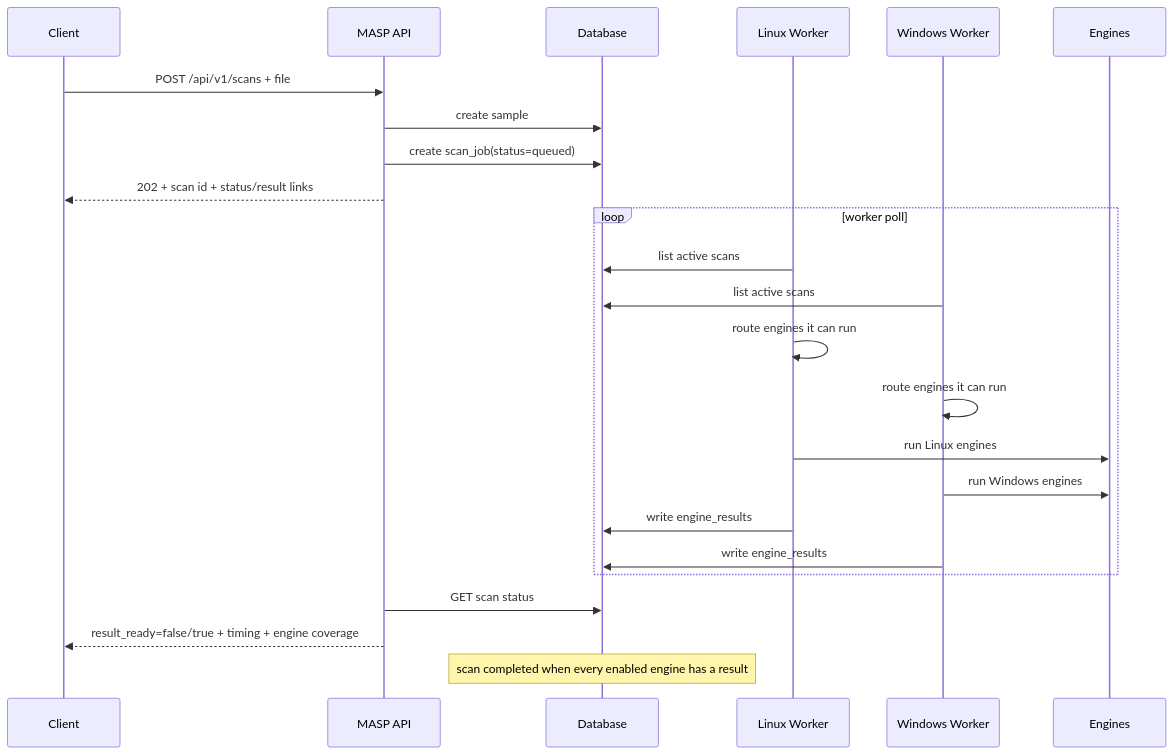
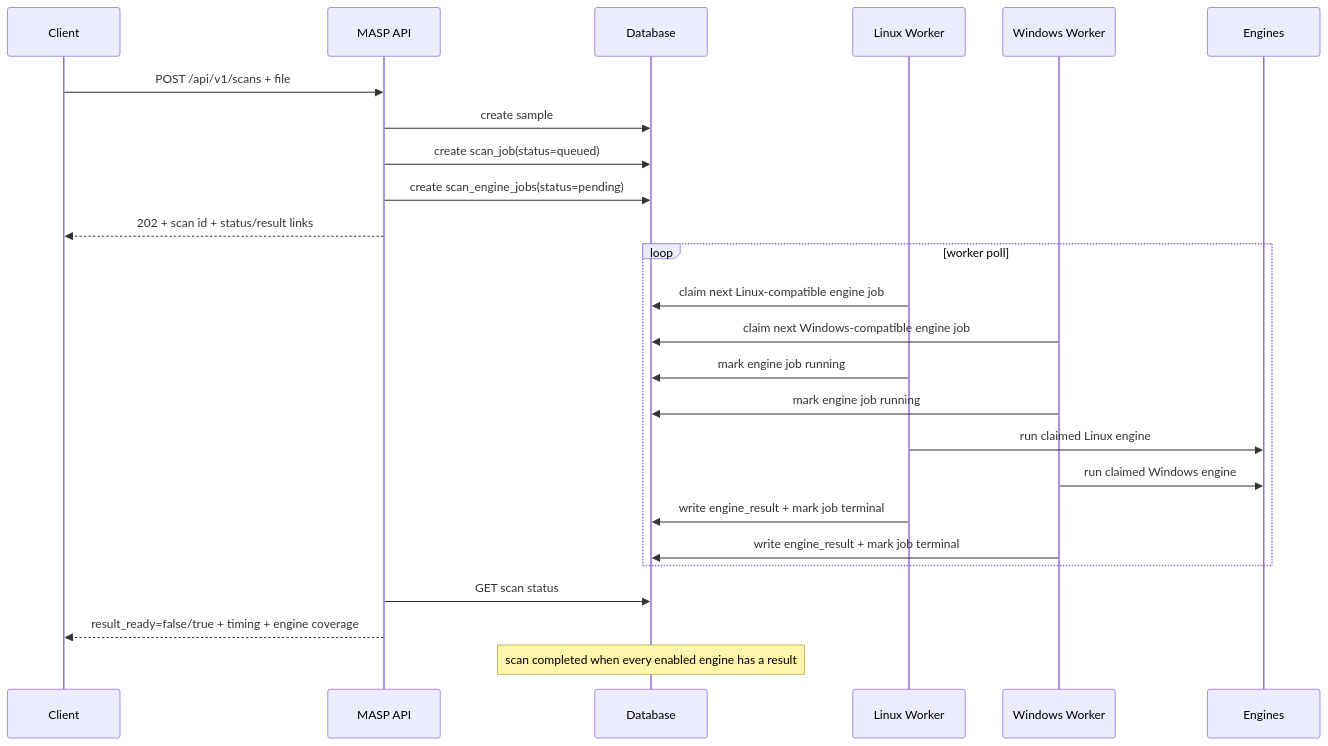
One commit to zapbroob99/multi-av-scan-pipeline changed the first of 3 diagrams in docs/architecture/SCAN_EXECUTION_FLOW.md. Above: the diagram before and after it, drawn with Mermaid. The commit also changed other lines of this file and 25 other files, not shown here.

Commit message:
Add engine job queue, scan timing, and API ledger

````diff
--- a/docs/architecture/SCAN_EXECUTION_FLOW.md
+++ b/docs/architecture/SCAN_EXECUTION_FLOW.md
@@ -50,30 +56,31 @@
 ```mermaid
 sequenceDiagram
     participant Client
     participant API as MASP API
     participant DB as Database
     participant LW as Linux Worker
     participant WW as Windows Worker
     participant Engines
 
     Client->>API: POST /api/v1/scans + file
     API->>DB: create sample
     API->>DB: create scan_job(status=queued)
+    API->>DB: create scan_engine_jobs(status=pending)
     API-->>Client: 202 + scan id + status/result links
 
     loop worker poll
-        LW->>DB: list active scans
-        WW->>DB: list active scans
-        LW->>LW: route engines it can run
-        WW->>WW: route engines it can run
-        LW->>Engines: run Linux engines
-        WW->>Engines: run Windows engines
-        LW->>DB: write engine_results
-        WW->>DB: write engine_results
+        LW->>DB: claim next Linux-compatible engine job
+        WW->>DB: claim next Windows-compatible engine job
+        LW->>DB: mark engine job running
+        WW->>DB: mark engine job running
+        LW->>Engines: run claimed Linux engine
+        WW->>Engines: run claimed Windows engine
+        LW->>DB: write engine_result + mark job terminal
+        WW->>DB: write engine_result + mark job terminal
     end
 
     API->>DB: GET scan status
     API-->>Client: result_ready=false/true + timing + engine coverage
 
     Note over DB: scan completed when every enabled engine has a result
 ```
````
